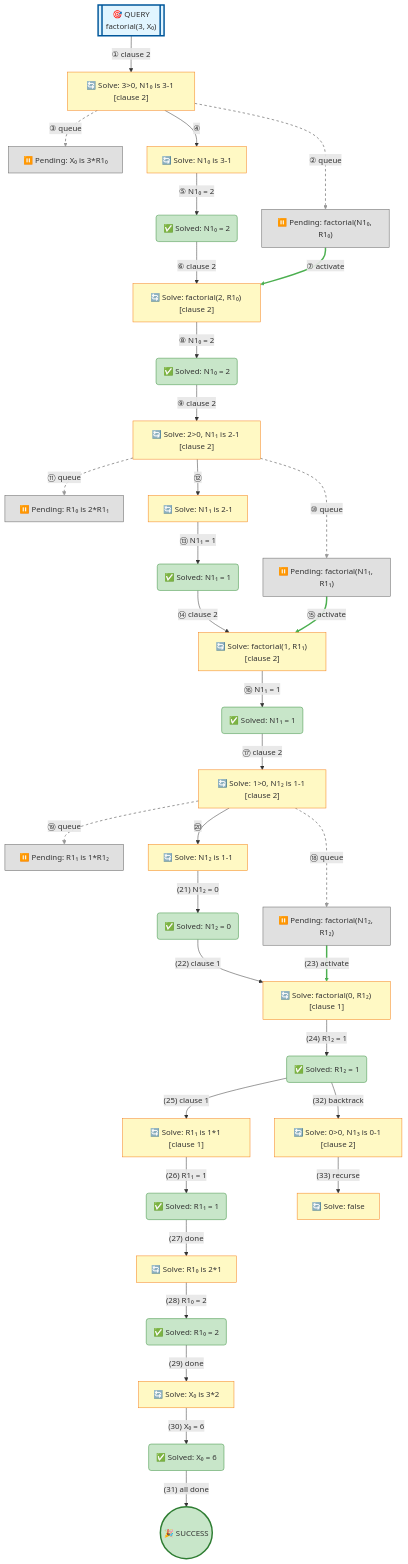
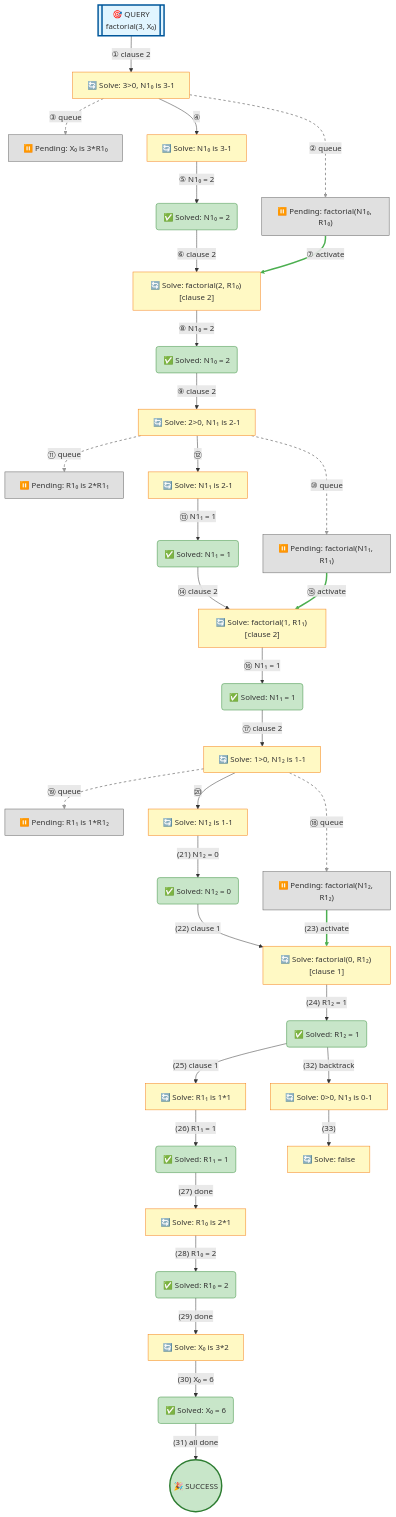
The diagram in examples/factorial-output.md (jarecsni/prolog-trace-viz), drawn with Mermaid before and after one commit. The commit also changed 4 other files, not shown here.

```diff
--- a/examples/factorial-output.md
+++ b/examples/factorial-output.md
@@ -13,35 +13,35 @@
 
 %% Nodes
 A[["🎯 QUERY<br/>factorial(3, X₀)"]]
-B["🔄 Solve: 3>0, N1₀ is 3-1 [clause 2]"]
+B["🔄 Solve: 3>0, N1₀ is 3-1"]
 B2["⏸️ Pending: factorial(N1₀, R1₀)"]
 B3["⏸️ Pending: X₀ is 3*R1₀"]
 C["🔄 Solve: N1₀ is 3-1"]
 D("✅ Solved: N1₀ = 2")
 E["🔄 Solve: factorial(2, R1₀) [clause 2]"]
 F("✅ Solved: N1₀ = 2")
-G["🔄 Solve: 2>0, N1₁ is 2-1 [clause 2]"]
+G["🔄 Solve: 2>0, N1₁ is 2-1"]
 G2["⏸️ Pending: factorial(N1₁, R1₁)"]
 G3["⏸️ Pending: R1₀ is 2*R1₁"]
 H["🔄 Solve: N1₁ is 2-1"]
 I("✅ Solved: N1₁ = 1")
 J["🔄 Solve: factorial(1, R1₁) [clause 2]"]
 K("✅ Solved: N1₁ = 1")
-L["🔄 Solve: 1>0, N1₂ is 1-1 [clause 2]"]
+L["🔄 Solve: 1>0, N1₂ is 1-1"]
 L2["⏸️ Pending: factorial(N1₂, R1₂)"]
 L3["⏸️ Pending: R1₁ is 1*R1₂"]
 M["🔄 Solve: N1₂ is 1-1"]
 N("✅ Solved: N1₂ = 0")
 O["🔄 Solve: factorial(0, R1₂) [clause 1]"]
 P("✅ Solved: R1₂ = 1")
-Q["🔄 Solve: R1₁ is 1*1 [clause 1]"]
+Q["🔄 Solve: R1₁ is 1*1"]
 R("✅ Solved: R1₁ = 1")
 S["🔄 Solve: R1₀ is 2*1"]
 T("✅ Solved: R1₀ = 2")
 U["🔄 Solve: X₀ is 3*2"]
 V("✅ Solved: X₀ = 6")
 W(("🎉 SUCCESS"))
-X["🔄 Solve: 0>0, N1₃ is 0-1 [clause 2]"]
+X["🔄 Solve: 0>0, N1₃ is 0-1"]
 Y["🔄 Solve: false"]
 
 %% Edges
@@ -77,7 +77,7 @@
 U -->|"(30) X₀ = 6"| V
 V -->|"(31) all done"| W
 P -->|"(32) backtrack"| X
-X -->|"(33) recurse"| Y
+X -->|"(33)"| Y
 
 %% Styles
 style A fill:#e1f5ff,stroke:#01579b,stroke-width:3px
```
